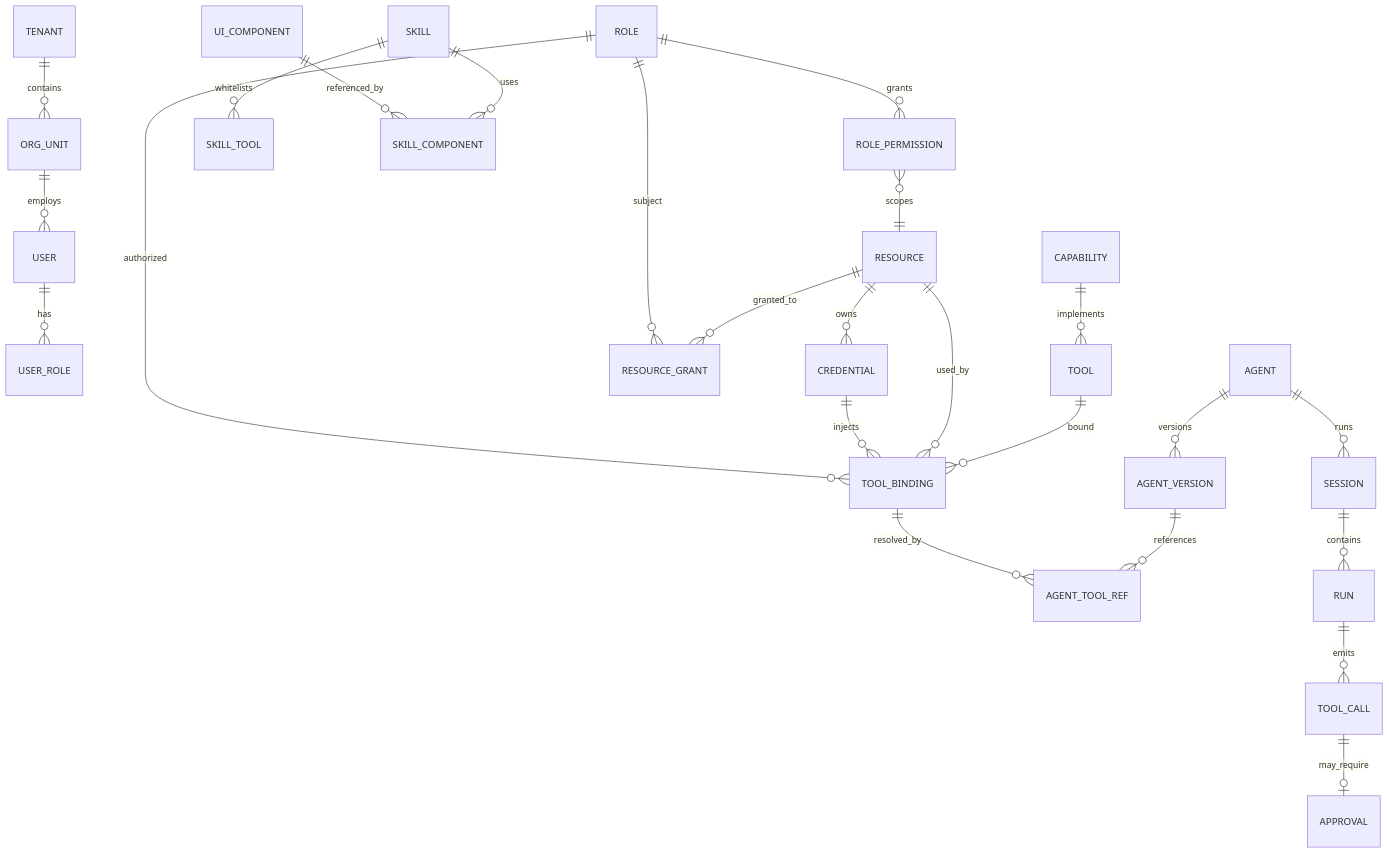
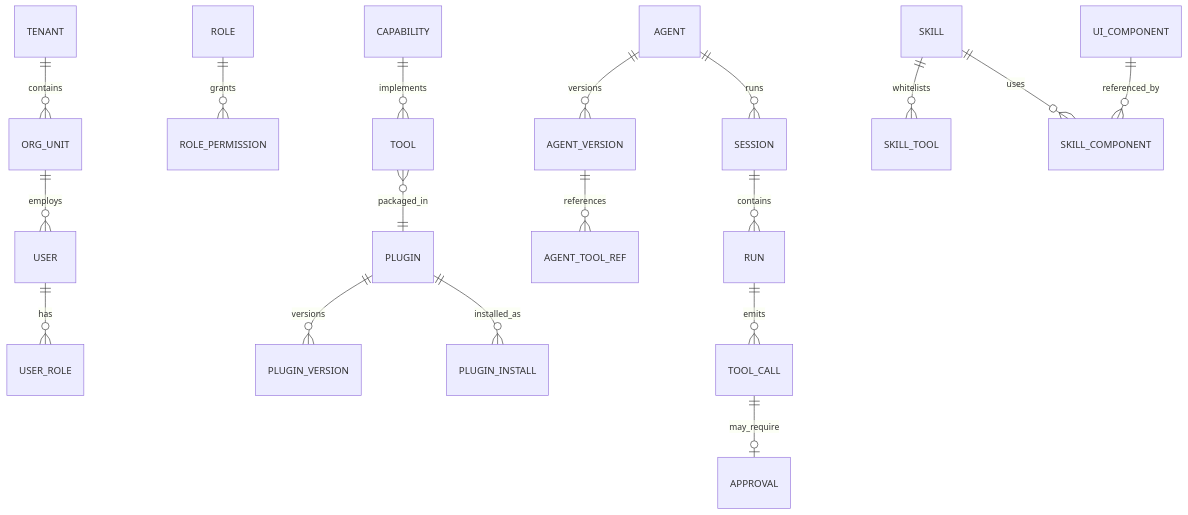
One commit to wenshin/workagent changed the third of 10 diagrams in docs/技术方案.md. Above: the diagram before and after it, drawn with Mermaid. The commit also changed other lines of this file and 52 other files, not shown here.

````diff
--- a/docs/技术方案.md
+++ b/docs/技术方案.md
@@ -226,30 +222,23 @@
 ```mermaid
 erDiagram
     TENANT ||--o{ ORG_UNIT : contains
     ORG_UNIT ||--o{ USER : employs
     USER ||--o{ USER_ROLE : has
     ROLE ||--o{ ROLE_PERMISSION : grants
-    ROLE_PERMISSION }o--|| RESOURCE : scopes
-
-    RESOURCE ||--o{ CREDENTIAL : owns
-    RESOURCE ||--o{ RESOURCE_GRANT : granted_to
-    ROLE ||--o{ RESOURCE_GRANT : subject
 
     CAPABILITY ||--o{ TOOL : implements
-    TOOL ||--o{ TOOL_BINDING : bound
-    RESOURCE ||--o{ TOOL_BINDING : used_by
-    CREDENTIAL ||--o{ TOOL_BINDING : injects
-    ROLE ||--o{ TOOL_BINDING : authorized
+    PLUGIN ||--o{ PLUGIN_VERSION : versions
+    PLUGIN ||--o{ PLUGIN_INSTALL : installed_as
+    TOOL }o--|| PLUGIN : packaged_in
 
     AGENT ||--o{ AGENT_VERSION : versions
     AGENT_VERSION ||--o{ AGENT_TOOL_REF : references
-    TOOL_BINDING ||--o{ AGENT_TOOL_REF : resolved_by
     AGENT ||--o{ SESSION : runs
     SESSION ||--o{ RUN : contains
     RUN ||--o{ TOOL_CALL : emits
     TOOL_CALL ||--o| APPROVAL : may_require
 
     SKILL ||--o{ SKILL_TOOL : whitelists
     SKILL ||--o{ SKILL_COMPONENT : uses
     UI_COMPONENT ||--o{ SKILL_COMPONENT : referenced_by
 ```
````
